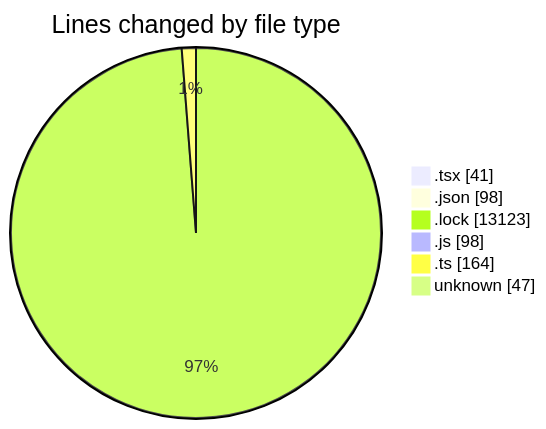
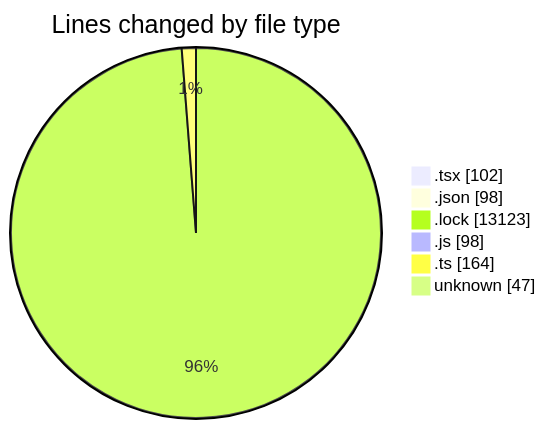
Before and after one commit to momahboobian/code-tracking: the first of 2 diagrams in 2025-09-03/cda/README.md, drawn with Mermaid. The commit also changed other lines of this file and 1 other file, not shown here.

````diff
--- a/2025-09-03/cda/README.md
+++ b/2025-09-03/cda/README.md
@@ -29,10 +30,10 @@
 ```mermaid
 pie showData
 title Lines changed by file type
-".tsx" : 41
+".tsx" : 102
 ".json" : 98
 ".lock" : 13123
 ".js" : 98
 ".ts" : 164
 "unknown" : 47
 ```
````
